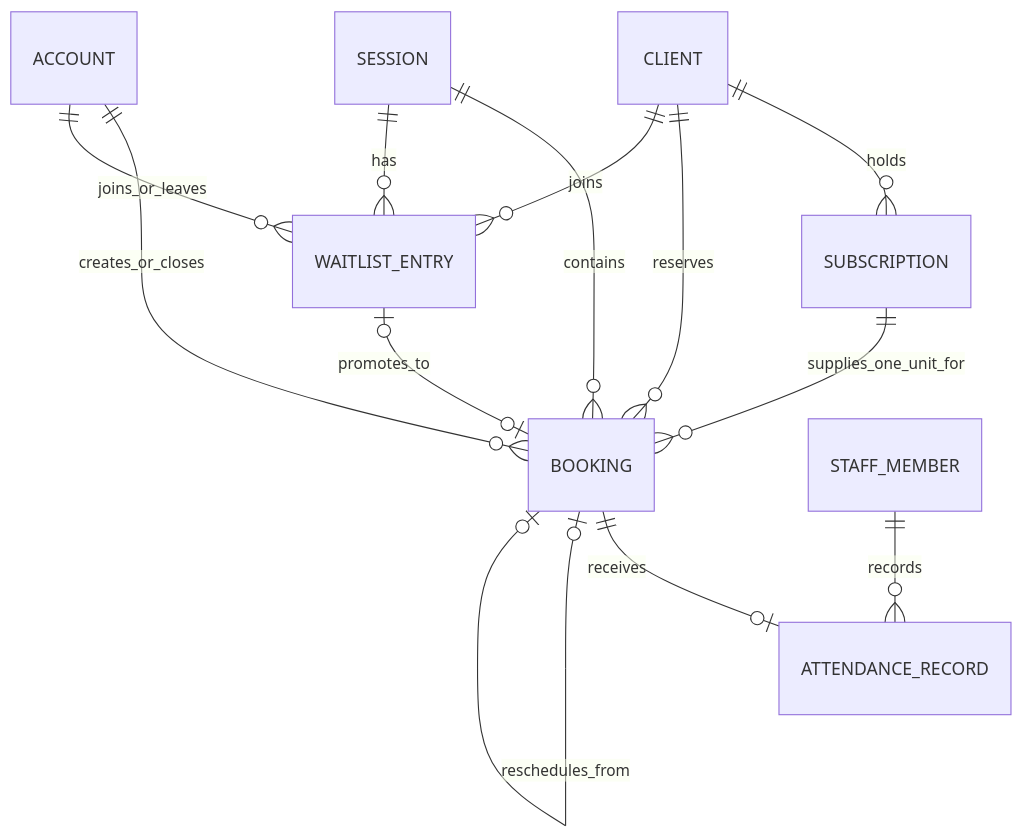
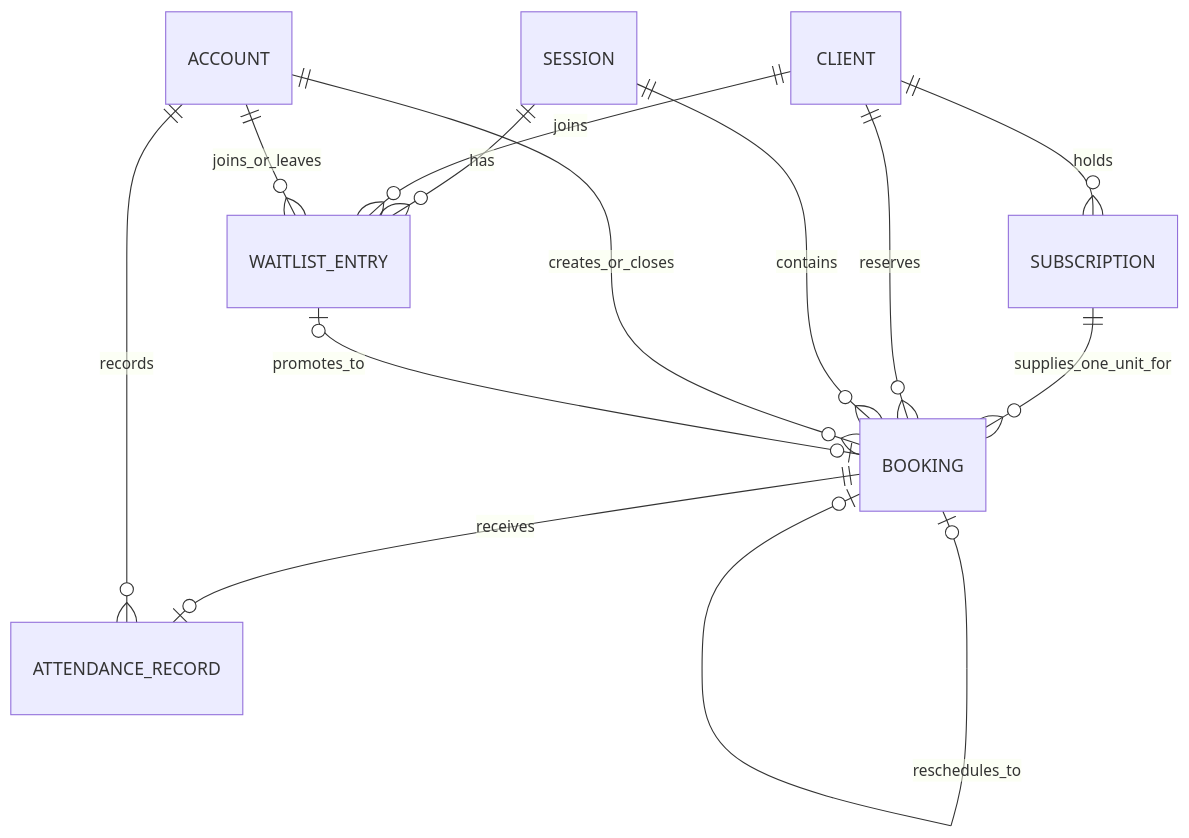
One commit to DaleneyRuben/emma-pilates changed the diagram in docs/implementation/BOOK-001-booking-workflow-schema-proposal.md. Above: the diagram before and after it, drawn with Mermaid. The commit also changed other lines of this file and 1 other file, not shown here.

Commit message:
revise booking workflow proposal

````diff
--- a/docs/implementation/BOOK-001-booking-workflow-schema-proposal.md
+++ b/docs/implementation/BOOK-001-booking-workflow-schema-proposal.md
@@ -36,15 +43,15 @@
 ```mermaid
 erDiagram
   CLIENT ||--o{ SUBSCRIPTION : holds
   SUBSCRIPTION ||--o{ BOOKING : supplies_one_unit_for
   CLIENT ||--o{ BOOKING : reserves
   SESSION ||--o{ BOOKING : contains
   ACCOUNT ||--o{ BOOKING : creates_or_closes
   BOOKING ||--o| ATTENDANCE_RECORD : receives
-  STAFF_MEMBER ||--o{ ATTENDANCE_RECORD : records
+  ACCOUNT ||--o{ ATTENDANCE_RECORD : records
   SESSION ||--o{ WAITLIST_ENTRY : has
   CLIENT ||--o{ WAITLIST_ENTRY : joins
   ACCOUNT ||--o{ WAITLIST_ENTRY : joins_or_leaves
   WAITLIST_ENTRY o|--o| BOOKING : promotes_to
-  BOOKING o|--o| BOOKING : reschedules_from
+  BOOKING o|--o| BOOKING : reschedules_to
 ```
````
